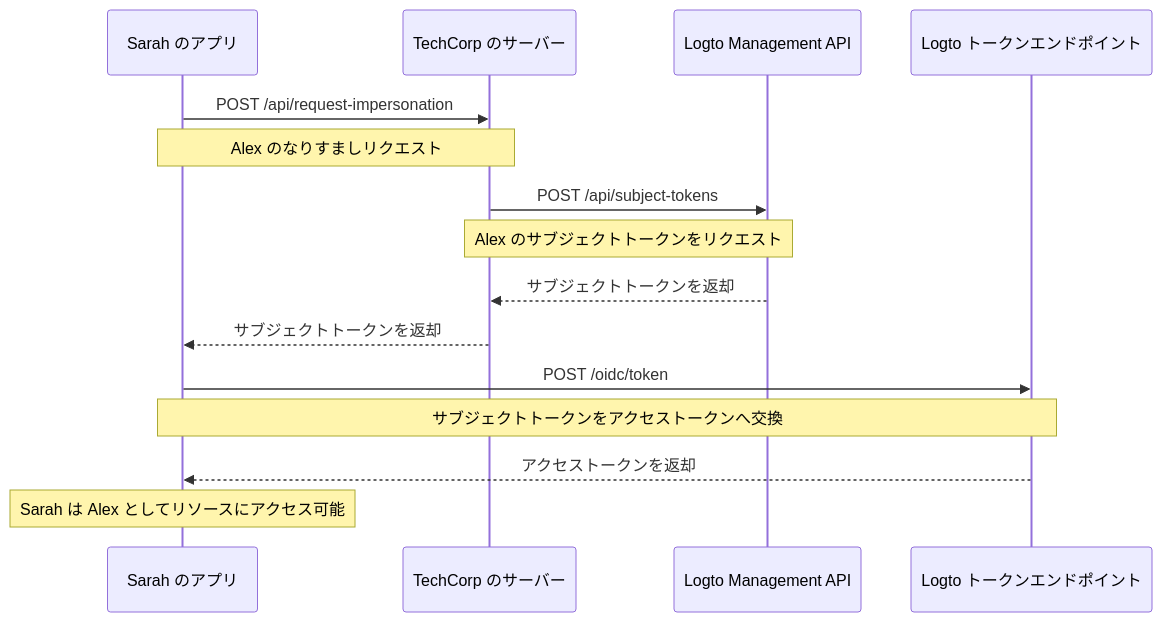
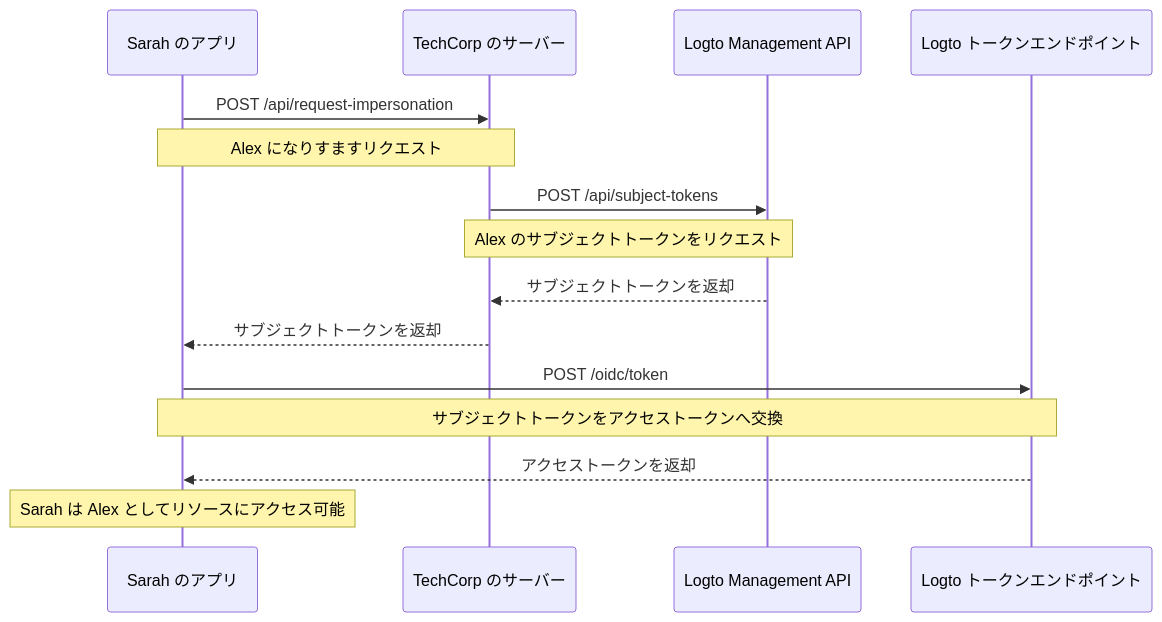
The diagram in i18n/ja/docusaurus-plugin-content-docs/current/developers/user-impersonation.mdx (logto-io/docs), drawn with Mermaid before and after one commit. The commit also changed other lines of this file and 161 other files, not shown here.

````diff
--- a/i18n/ja/docusaurus-plugin-content-docs/current/developers/user-impersonation.mdx
+++ b/i18n/ja/docusaurus-plugin-content-docs/current/developers/user-impersonation.mdx
@@ -18,22 +18,22 @@
 ```mermaid
 sequenceDiagram
     participant Sarah as Sarah のアプリ
     participant TechCorp as TechCorp のサーバー
     participant Logto as Logto Management API
     participant LogtoToken as Logto トークンエンドポイント
 
     Sarah->>TechCorp: POST /api/request-impersonation
-    Note over Sarah,TechCorp: Alex のなりすましリクエスト
+    Note over Sarah,TechCorp: Alex になりすますリクエスト
 
     TechCorp->>Logto: POST /api/subject-tokens
     Note over TechCorp,Logto: Alex のサブジェクトトークンをリクエスト
 
     Logto-->>TechCorp: サブジェクトトークンを返却
     TechCorp-->>Sarah: サブジェクトトークンを返却
 
     Sarah->>LogtoToken: POST /oidc/token
     Note over Sarah,LogtoToken: サブジェクトトークンをアクセストークンへ交換
 
     LogtoToken-->>Sarah: アクセストークンを返却
     Note over Sarah: Sarah は Alex としてリソースにアクセス可能
 ```
````
